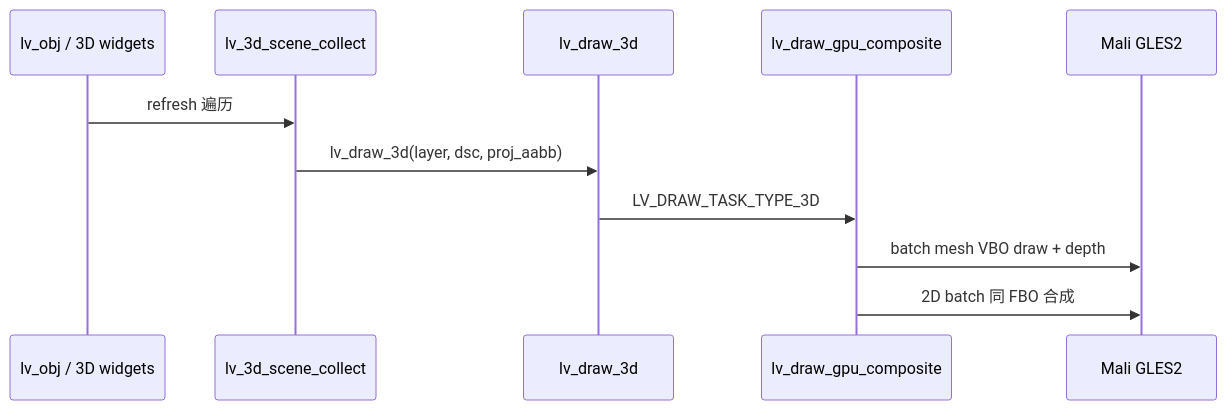
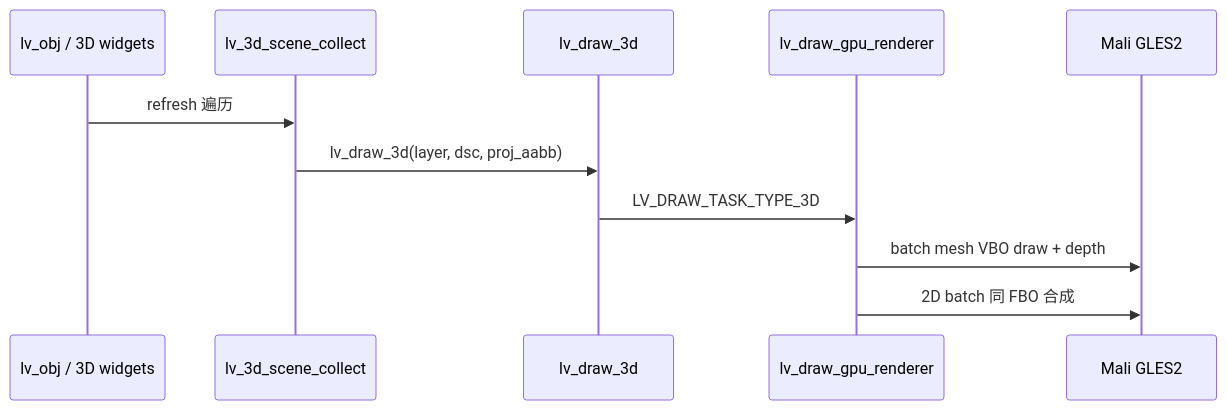
Diagram 13 of 18 in docs/LVGL_2D3D_BACKEND_PLAN.md (ganzhong007/lv_port_linux), drawn with Mermaid before and after one commit. The commit also changed other lines of this file and 5 other files, not shown here.

First line of the commit message:
Add LVGL GPU renderer support with verification scripts and documentation updates.

````diff
--- a/docs/LVGL_2D3D_BACKEND_PLAN.md
+++ b/docs/LVGL_2D3D_BACKEND_PLAN.md
@@ -1301,14 +1301,14 @@
 ```mermaid
 sequenceDiagram
     participant Obj as lv_obj / 3D widgets
     participant Scene as lv_3d_scene_collect
     participant Draw as lv_draw_3d
-    participant Unit as lv_draw_gpu_composite
+    participant Unit as lv_draw_gpu_renderer
     participant GPU as Mali GLES2
 
     Obj->>Scene: refresh 遍历
     Scene->>Draw: lv_draw_3d(layer, dsc, proj_aabb)
     Draw->>Unit: LV_DRAW_TASK_TYPE_3D
     Unit->>GPU: batch mesh VBO draw + depth
     Unit->>GPU: 2D batch 同 FBO 合成
 ```
````
